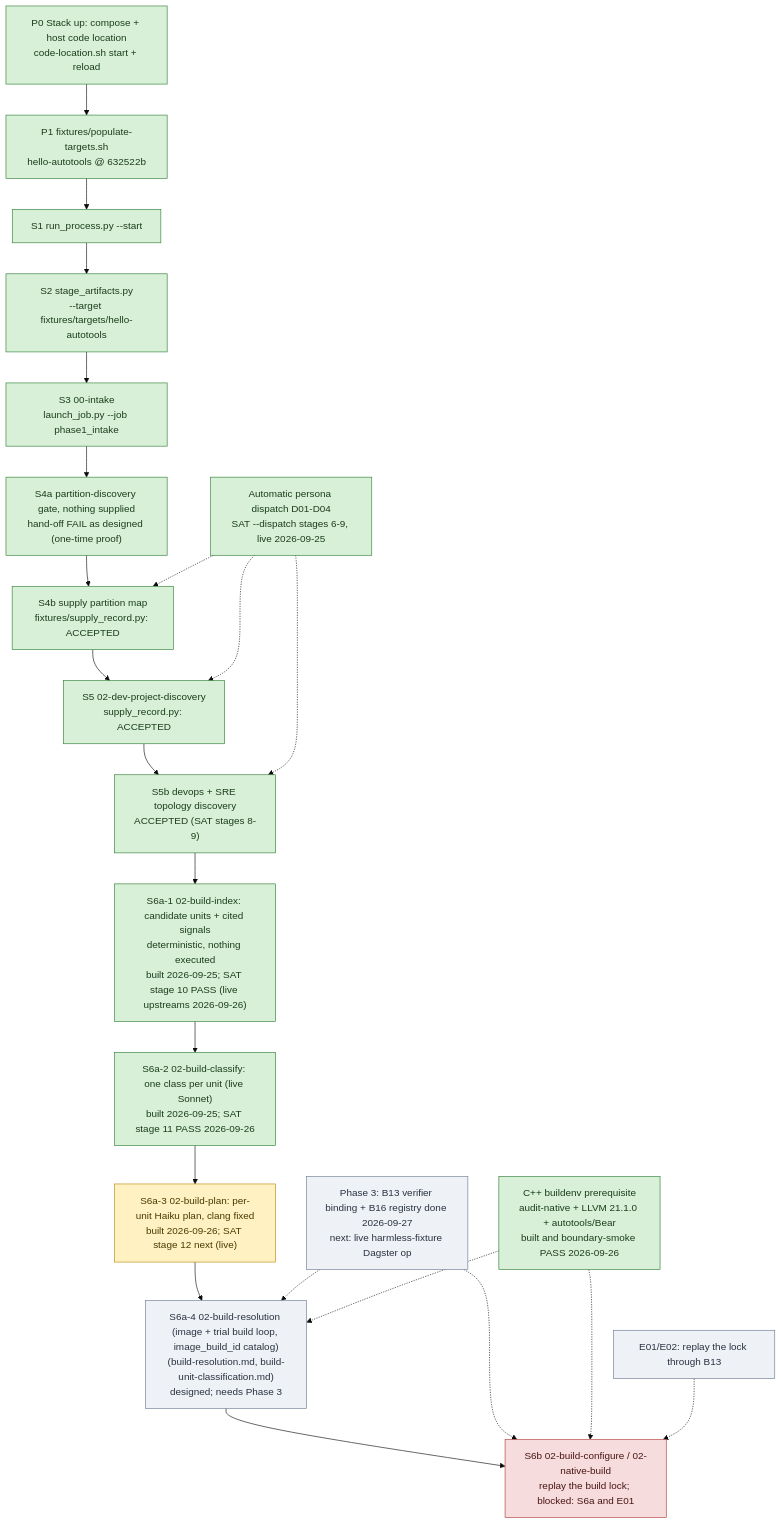
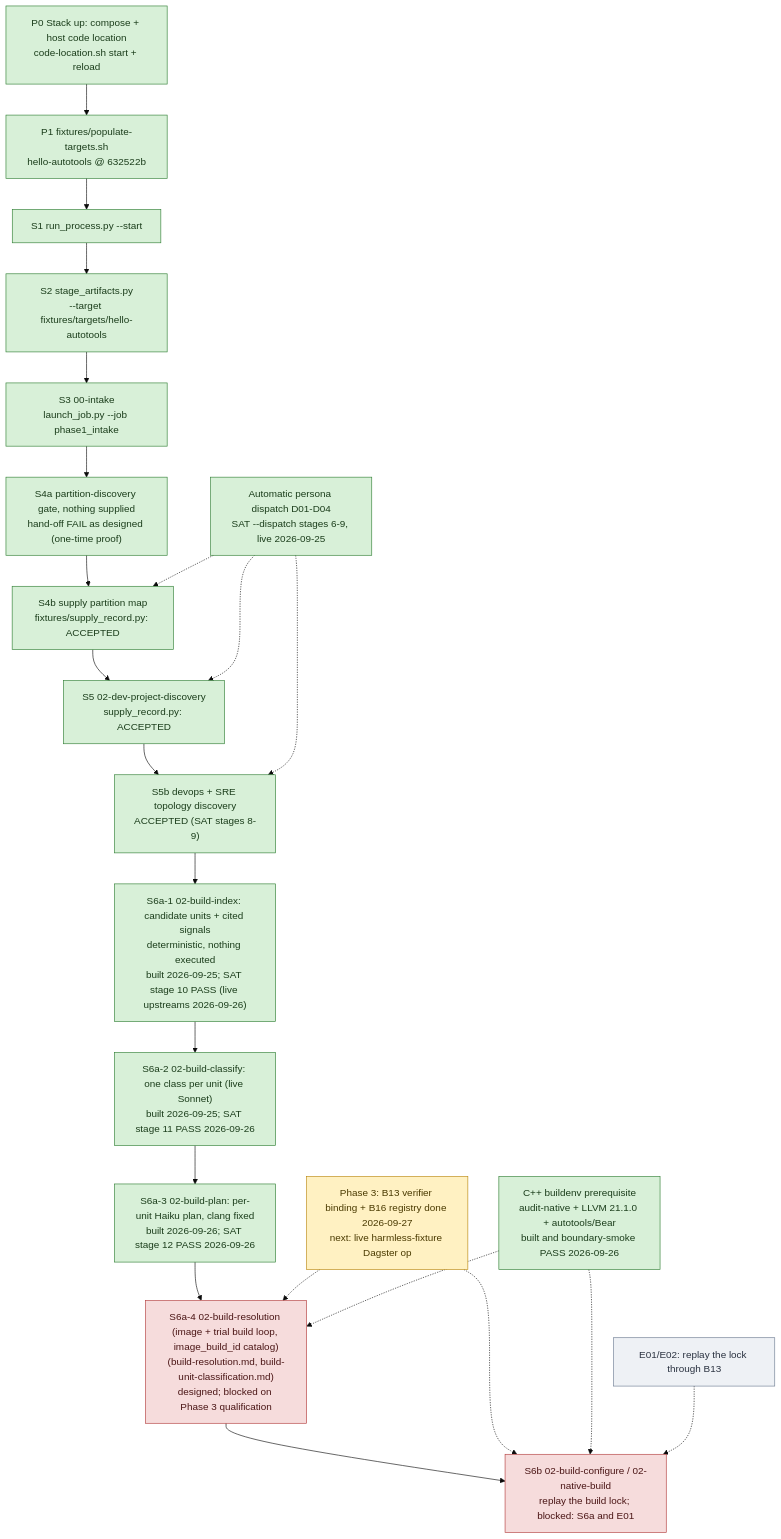
The diagram in docs/processes/flow-bringup.md (wsollers/appsec-review), drawn with Mermaid (base theme) before and after one commit. The commit also changed other lines of this file and 21 other files, not shown here.

First line of the commit message:
Qualify SAT stage 12 build plan

````diff
--- a/docs/processes/flow-bringup.md
+++ b/docs/processes/flow-bringup.md
@@ -20,36 +20,36 @@
 ```mermaid
 flowchart TD
   P0["P0 Stack up: compose + host code location<br/>code-location.sh start + reload"]:::done
   P1["P1 fixtures/populate-targets.sh<br/>hello-autotools @ 632522b"]:::done
   S1["S1 run_process.py --start"]:::done
   S2["S2 stage_artifacts.py<br/>--target fixtures/targets/hello-autotools"]:::done
   S3["S3 00-intake<br/>launch_job.py --job phase1_intake"]:::done
   S4a["S4a partition-discovery gate, nothing supplied<br/>hand-off FAIL as designed (one-time proof)"]:::done
   S4b["S4b supply partition map<br/>fixtures/supply_record.py: ACCEPTED"]:::done
   S5["S5 02-dev-project-discovery<br/>supply_record.py: ACCEPTED"]:::done
   S5b["S5b devops + SRE topology discovery<br/>ACCEPTED (SAT stages 8-9)"]:::done
   AD["Automatic persona dispatch D01-D04<br/>SAT --dispatch stages 6-9, live 2026-09-25"]:::done
   S6i["S6a-1 02-build-index: candidate units + cited signals<br/>deterministic, nothing executed<br/>built 2026-09-25; SAT stage 10 PASS (live upstreams 2026-09-26)"]:::done
   S6c["S6a-2 02-build-classify: one class per unit (live Sonnet)<br/>built 2026-09-25; SAT stage 11 PASS 2026-09-26"]:::done
-  S6p["S6a-3 02-build-plan: per-unit Haiku plan, clang fixed<br/>built 2026-09-26; SAT stage 12 next (live)"]:::next
-  S6a["S6a-4 02-build-resolution (image + trial build loop, image_build_id catalog)<br/>(build-resolution.md, build-unit-classification.md)<br/>designed; needs Phase 3"]:::todo
+  S6p["S6a-3 02-build-plan: per-unit Haiku plan, clang fixed<br/>built 2026-09-26; SAT stage 12 PASS 2026-09-26"]:::done
+  S6a["S6a-4 02-build-resolution (image + trial build loop, image_build_id catalog)<br/>(build-resolution.md, build-unit-classification.md)<br/>designed; blocked on Phase 3 qualification"]:::blocked
   CPP["C++ buildenv prerequisite<br/>audit-native + LLVM 21.1.0 + autotools/Bear<br/>built and boundary-smoke PASS 2026-09-26"]:::done
   S6["S6b 02-build-configure / 02-native-build<br/>replay the build lock; blocked: S6a and E01"]:::blocked
-  B13["Phase 3: B13 verifier binding + B16 registry done 2026-09-27<br/>next: live harmless-fixture Dagster op"]:::todo
+  B13["Phase 3: B13 verifier binding + B16 registry done 2026-09-27<br/>next: live harmless-fixture Dagster op"]:::next
   E01["E01/E02: replay the lock through B13"]:::todo
 
   P0 --> P1 --> S1 --> S2 --> S3 --> S4a --> S4b --> S5 --> S5b --> S6i --> S6c --> S6p --> S6a --> S6
   AD -.-> S4b
   AD -.-> S5
   AD -.-> S5b
   B13 -.-> S6a
   B13 -.-> S6
   CPP -.-> S6a
   CPP -.-> S6
   E01 -.-> S6
 
   classDef done fill:#d8f0d8,stroke:#2e7d32,color:#1b3d1b
   classDef next fill:#fff1c2,stroke:#b8860b,color:#4a3a00
   classDef todo fill:#eef1f5,stroke:#6b7a90,color:#2a3240
   classDef blocked fill:#f6dcdc,stroke:#b23b3b,color:#4a1515
 ```
````
